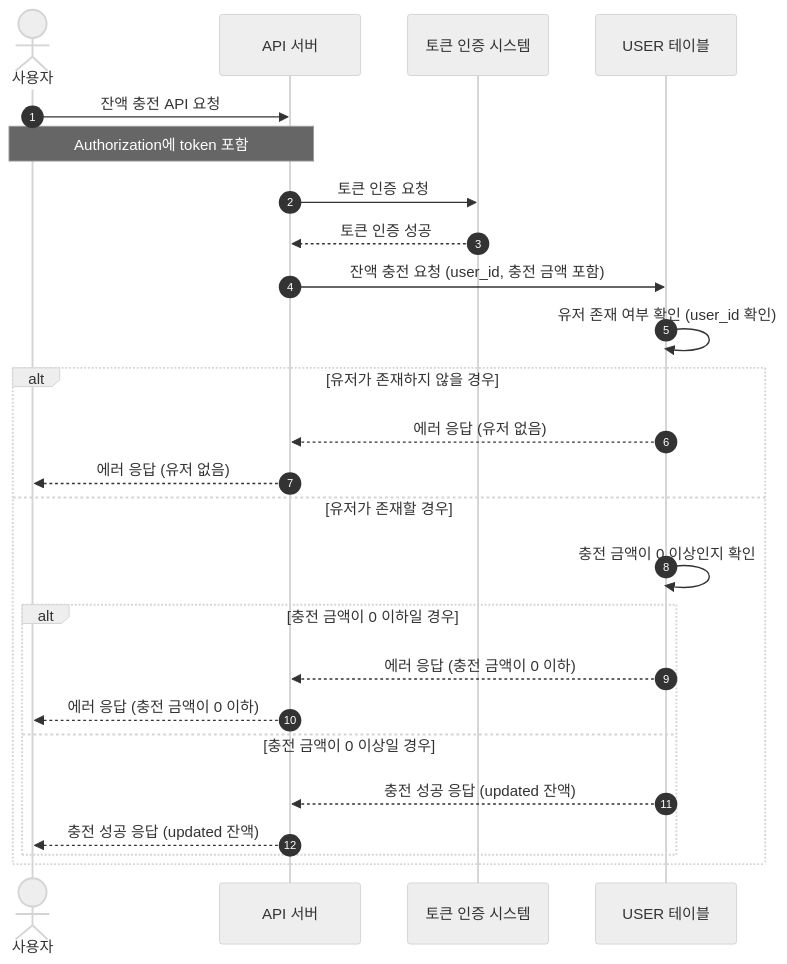
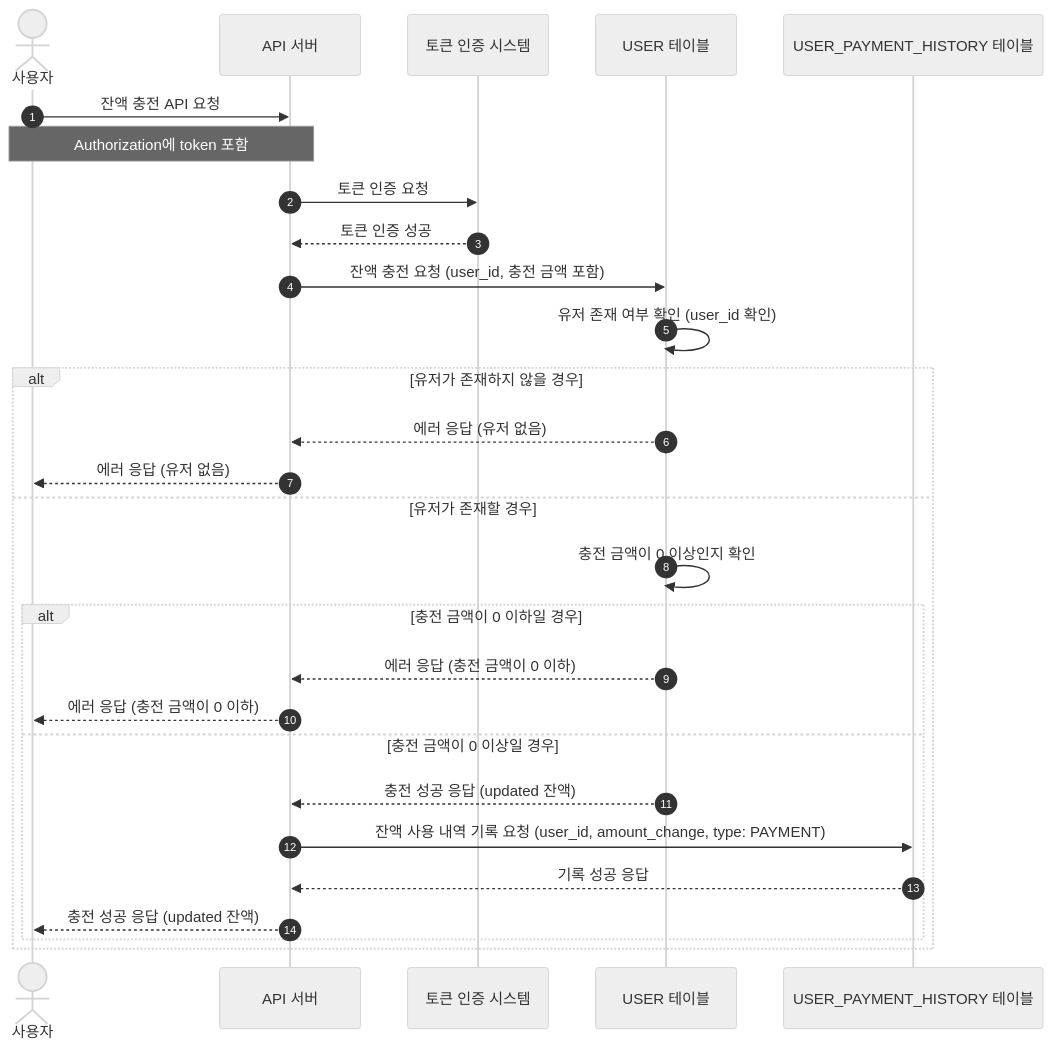
Before and after one commit to Cheondongmin/concert-java: the fifth of 7 diagrams in docs/sequence.md, drawn with Mermaid (neutral theme). The commit also changed other lines of this file, not shown here.

````diff
--- a/docs/sequence.md
+++ b/docs/sequence.md
@@ -133,30 +140,34 @@
 ```mermaid
 sequenceDiagram
     autonumber
     actor 사용자 as 사용자
     participant API as API 서버
     participant AUTH as 토큰 인증 시스템
     participant USER as USER 테이블
+    participant USER_PAYMENT_HISTORY as USER_PAYMENT_HISTORY 테이블
 
     사용자 ->> API: 잔액 충전 API 요청
     Note over 사용자, API: Authorization에 token 포함
     API ->> AUTH: 토큰 인증 요청
     AUTH -->> API: 토큰 인증 성공
 
     API ->> USER: 잔액 충전 요청 (user_id, 충전 금액 포함)
     USER ->> USER: 유저 존재 여부 확인 (user_id 확인)
 
     alt 유저가 존재하지 않을 경우
         USER -->> API: 에러 응답 (유저 없음)
         API -->> 사용자: 에러 응답 (유저 없음)
     else 유저가 존재할 경우
         USER ->> USER: 충전 금액이 0 이상인지 확인
         alt 충전 금액이 0 이하일 경우
             USER -->> API: 에러 응답 (충전 금액이 0 이하)
             API -->> 사용자: 에러 응답 (충전 금액이 0 이하)
         else 충전 금액이 0 이상일 경우
             USER -->> API: 충전 성공 응답 (updated 잔액)
+            API ->> USER_PAYMENT_HISTORY: 잔액 사용 내역 기록 요청 (user_id, amount_change, type: PAYMENT)
+            USER_PAYMENT_HISTORY -->> API: 기록 성공 응답
             API -->> 사용자: 충전 성공 응답 (updated 잔액)
         end
     end
+
 ```
````
